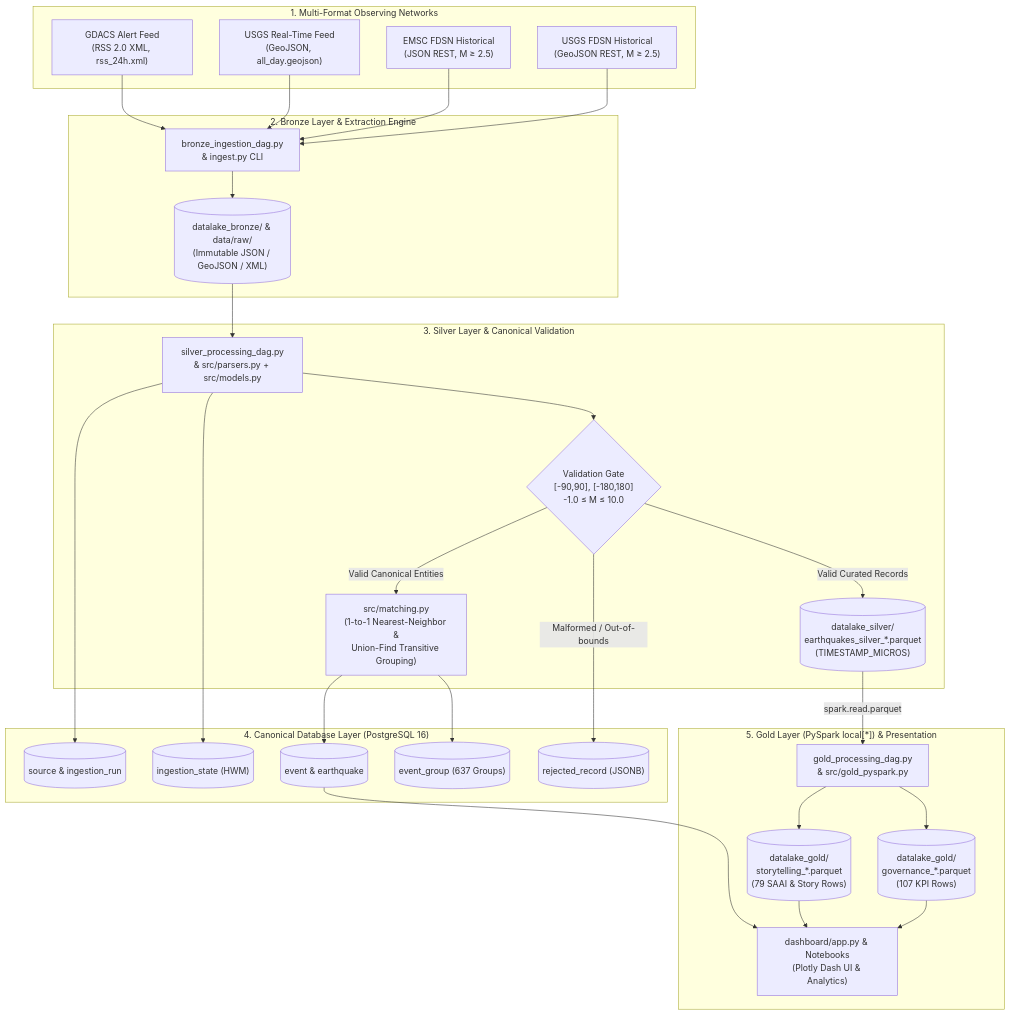
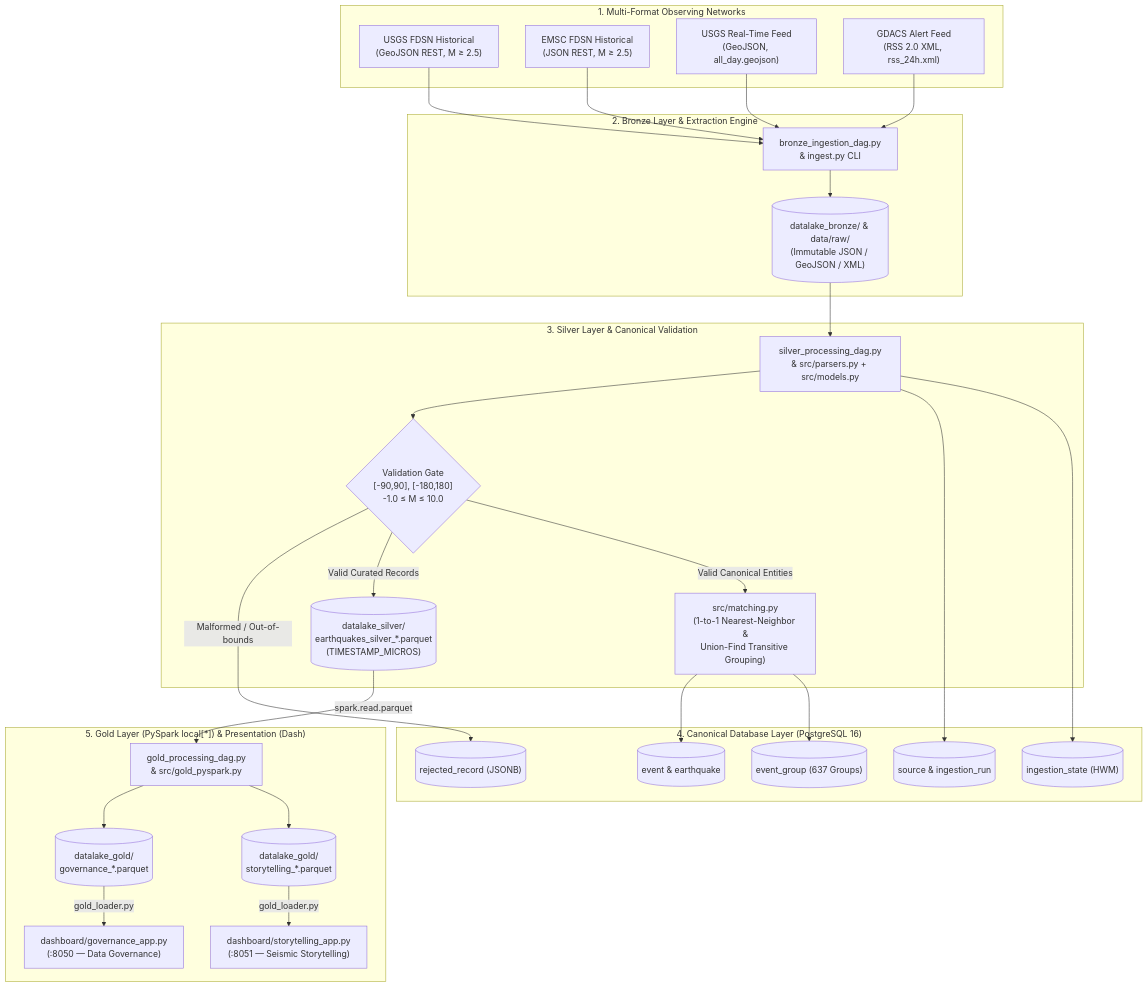
One commit to AngeloIbanez/earthquake-monitoring-team_1 changed the diagram in README.md. Above: the diagram before and after it, drawn with Mermaid. The commit also changed other lines of this file, not shown here.

````diff
--- a/README.md
+++ b/README.md
@@ -35,60 +37,60 @@
 ```mermaid
 flowchart TD
     subgraph SOURCES["1. Multi-Format Observing Networks"]
         U_HIST["USGS FDSN Historical<br>(GeoJSON REST, M ≥ 2.5)"]
         E_HIST["EMSC FDSN Historical<br>(JSON REST, M ≥ 2.5)"]
         U_INC["USGS Real-Time Feed<br>(GeoJSON, all_day.geojson)"]
         G_INC["GDACS Alert Feed<br>(RSS 2.0 XML, rss_24h.xml)"]
     end
 
     subgraph BRONZE["2. Bronze Layer & Extraction Engine"]
         B_DAG["bronze_ingestion_dag.py<br>& ingest.py CLI"]
         B_STORE[("datalake_bronze/ & data/raw/<br>(Immutable JSON / GeoJSON / XML)")]
     end
 
     subgraph SILVER["3. Silver Layer & Canonical Validation"]
         S_DAG["silver_processing_dag.py<br>& src/parsers.py + src/models.py"]
         VAL{"Validation Gate<br>[-90,90], [-180,180]<br>-1.0 ≤ M ≤ 10.0"}
         S_PQ[("datalake_silver/<br>earthquakes_silver_*.parquet<br>(TIMESTAMP_MICROS)")]
         MATCH["src/matching.py<br>(1-to-1 Nearest-Neighbor &<br>Union-Find Transitive Grouping)"]
     end
 
     subgraph STORAGE["4. Canonical Database Layer (PostgreSQL 16)"]
         SRC[("source & ingestion_run")]
         ST[("ingestion_state (HWM)")]
         EV[("event & earthquake")]
         GRP[("event_group (637 Groups)")]
         REJ[("rejected_record (JSONB)")]
     end
 
-    subgraph GOLD["5. Gold Layer (PySpark local[*]) & Presentation"]
+    subgraph GOLD["5. Gold Layer (PySpark local[*]) & Presentation (Dash)"]
         G_DAG["gold_processing_dag.py<br>& src/gold_pyspark.py"]
-        G_GOV[("datalake_gold/<br>governance_*.parquet<br>(107 KPI Rows)")]
-        G_STR[("datalake_gold/<br>storytelling_*.parquet<br>(79 SAAI & Story Rows)")]
-        DASH["dashboard/app.py & Notebooks<br>(Plotly Dash UI & Analytics)"]
+        G_GOV[("datalake_gold/<br>governance_*.parquet")]
+        G_STR[("datalake_gold/<br>storytelling_*.parquet")]
+        GOV_DASH["dashboard/governance_app.py<br>(:8050 — Data Governance)"]
+        STR_DASH["dashboard/storytelling_app.py<br>(:8051 — Seismic Storytelling)"]
     end
 
     U_HIST --> B_DAG
     E_HIST --> B_DAG
     U_INC --> B_DAG
     G_INC --> B_DAG
 
     B_DAG --> B_STORE
     B_STORE --> S_DAG
     S_DAG --> VAL
     VAL -->|Malformed / Out-of-bounds| REJ
     VAL -->|Valid Curated Records| S_PQ
     VAL -->|Valid Canonical Entities| MATCH
 
     MATCH --> EV
     MATCH --> GRP
     S_DAG --> SRC
     S_DAG --> ST
 
     S_PQ -->|spark.read.parquet| G_DAG
     G_DAG --> G_GOV
     G_DAG --> G_STR
-    G_GOV --> DASH
-    G_STR --> DASH
-    EV --> DASH
+    G_GOV -->|gold_loader.py| GOV_DASH
+    G_STR -->|gold_loader.py| STR_DASH
 ```
````
